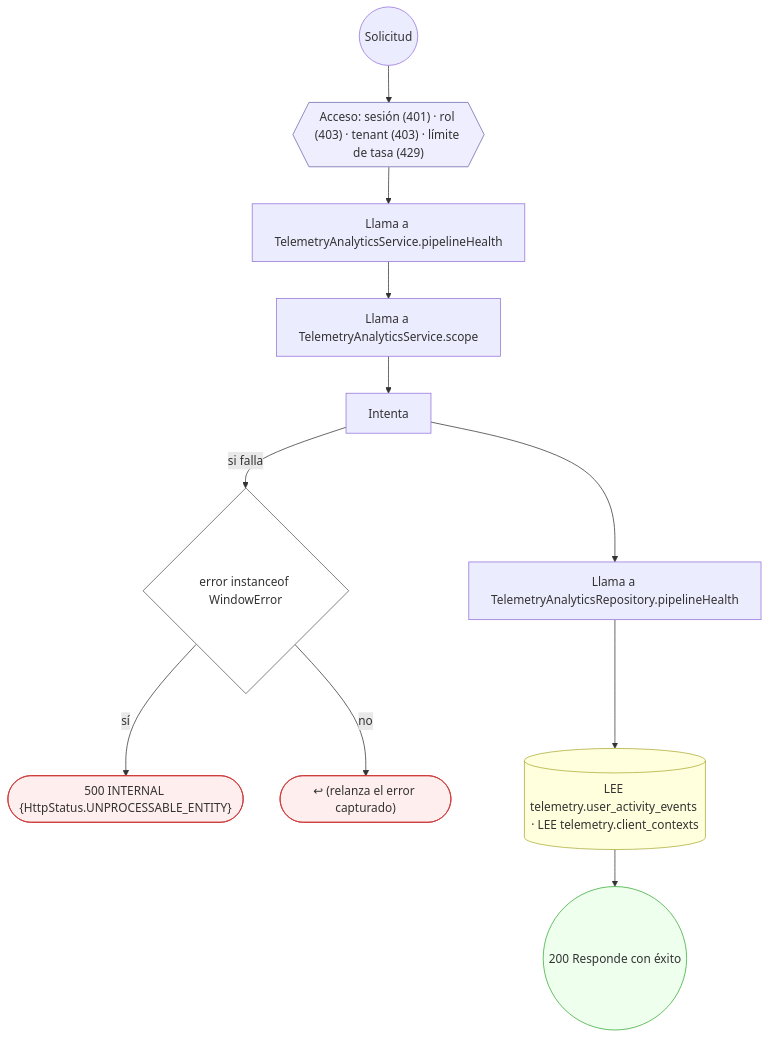
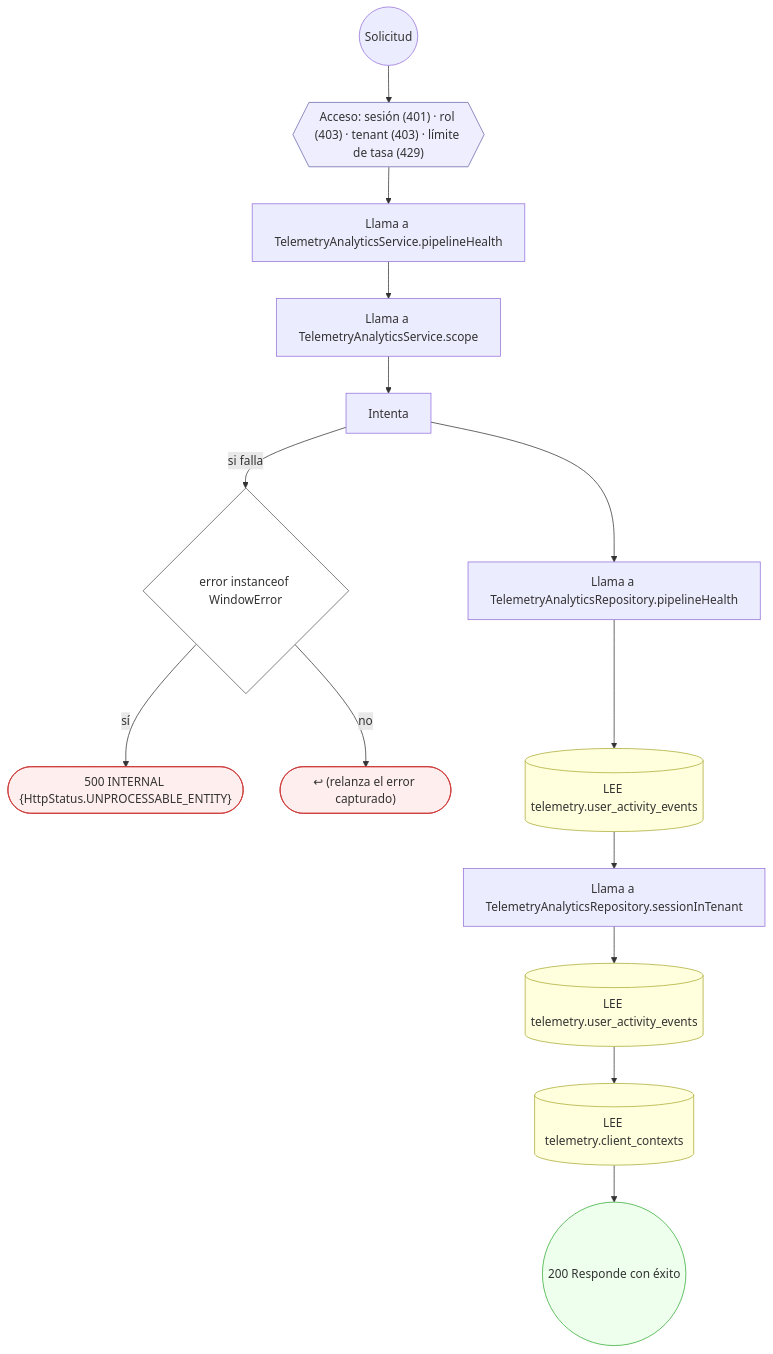
Before and after one commit to mdavila-2001/mantra-core-health-api: the fourth of 20 diagrams in docs/inventario/flujos/telemetry.md, drawn with Mermaid. The commit also changed other lines of this file and 438 other files, not shown here.

````diff
--- a/docs/inventario/flujos/telemetry.md
+++ b/docs/inventario/flujos/telemetry.md
@@ -321,30 +343,36 @@
 ```mermaid
 flowchart TD
   n1(("Solicitud")):::inicio
   n2{{"Acceso: sesión (401) · rol (403) · tenant (403) · límite de tasa (429)"}}:::acceso
   n1 --> n2
   n3["Llama a TelemetryAnalyticsService.pipelineHealth"]:::llamada
   n2 --> n3
   n4["Llama a TelemetryAnalyticsService.scope"]:::llamada
   n3 --> n4
   n5["Intenta"]:::intento
   n4 --> n5
   n6{"error instanceof WindowError"}:::decision
   n5 -->|"si falla"| n6
   n7(["500 INTERNAL {HttpStatus.UNPROCESSABLE_ENTITY}"]):::error
   n6 -->|"sí"| n7
   n8(["↩ (relanza el error capturado)"]):::error
   n6 -->|"no"| n8
   n9["Llama a TelemetryAnalyticsRepository.pipelineHealth"]:::llamada
   n5 --> n9
-  n10[("LEE telemetry.user_activity_events · LEE telemetry.client_contexts")]:::efecto
+  n10[("LEE telemetry.user_activity_events")]:::efecto
   n9 --> n10
-  n11(("200 Responde con éxito")):::ok
+  n11["Llama a TelemetryAnalyticsRepository.sessionInTenant"]:::llamada
   n10 --> n11
+  n12[("LEE telemetry.user_activity_events")]:::efecto
+  n11 --> n12
+  n13[("LEE telemetry.client_contexts")]:::efecto
+  n12 --> n13
+  n14(("200 Responde con éxito")):::ok
+  n13 --> n14
   classDef acceso fill:#eef,stroke:#66a
   classDef error fill:#fee,stroke:#c33
   classDef ok fill:#efe,stroke:#3a3
   classDef efecto fill:#ffd,stroke:#aa3
   classDef decision fill:#fff,stroke:#555
   classDef corte fill:#eee,stroke:#999,stroke-dasharray: 4
 ```
````
